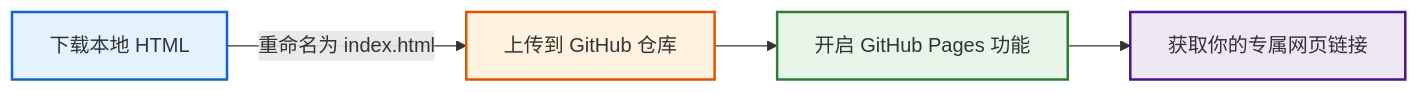
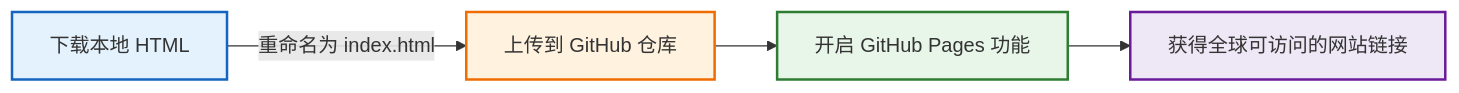
The first of 2 diagrams in docs/github_pages.md (ruanqizhen/cocode), drawn with Mermaid before and after one commit. The commit also changed other lines of this file, not shown here.

````diff
--- a/docs/github_pages.md
+++ b/docs/github_pages.md
@@ -19,11 +31,11 @@
 ```mermaid
 flowchart LR
     A[下载本地 HTML] -->|重命名为 index.html| B[上传到 GitHub 仓库]
     B --> C[开启 GitHub Pages 功能]
-    C --> D[获取你的专属网页链接]
-    
+    C --> D[获得全球可访问的网站链接]
+
     style A fill:#e3f2fd,stroke:#1565c0,stroke-width:2px
-    style B fill:#fff3e0,stroke:#e65100,stroke-width:2px
+    style B fill:#fff3e0,stroke:#ef6c00,stroke-width:2px
     style C fill:#e8f5e9,stroke:#2e7d32,stroke-width:2px
-    style D fill:#ede7f6,stroke:#4a148c,stroke-width:2px
+    style D fill:#ede7f6,stroke:#6a1b9a,stroke-width:2px
 ```
````
